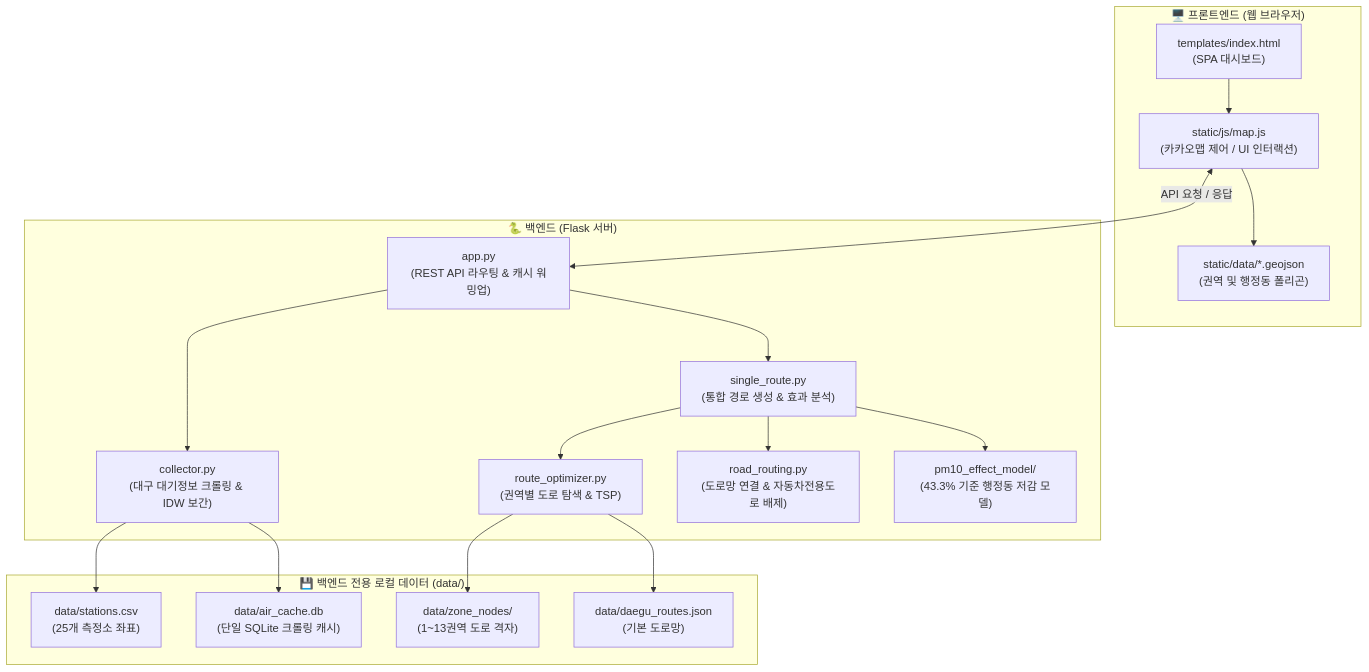
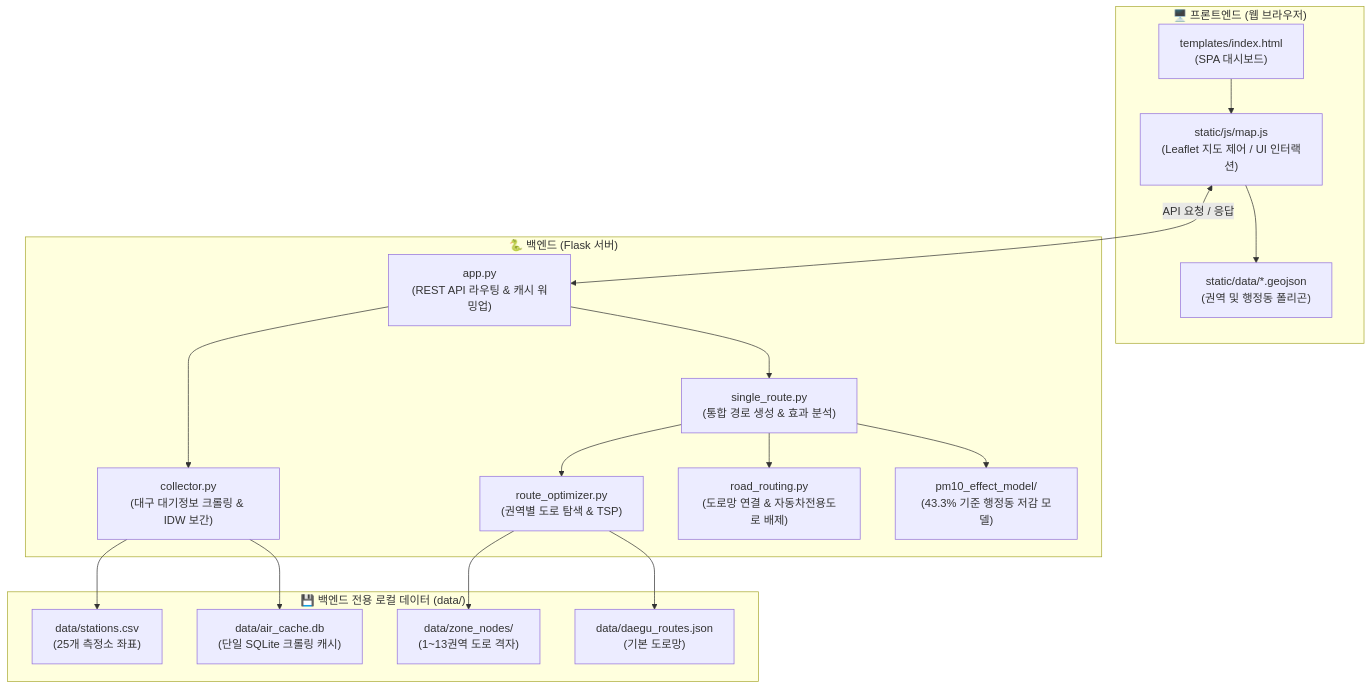
One commit to YoonTae98/dust_project changed the diagram in README.md. Above: the diagram before and after it, drawn with Mermaid. The commit also changed other lines of this file, not shown here.

````diff
--- a/README.md
+++ b/README.md
@@ -35,39 +61,39 @@
 ```mermaid
 flowchart TD
     subgraph Client ["🖥️ 프론트엔드 (웹 브라우저)"]
         HTML["templates/index.html\n(SPA 대시보드)"]
-        MapJS["static/js/map.js\n(카카오맵 제어 / UI 인터랙션)"]
+        MapJS["static/js/map.js\n(Leaflet 지도 제어 / UI 인터랙션)"]
         GeoJSON["static/data/*.geojson\n(권역 및 행정동 폴리곤)"]
         HTML --> MapJS
         MapJS --> GeoJSON
     end
 
     subgraph Server ["🐍 백엔드 (Flask 서버)"]
         App["app.py\n(REST API 라우팅 & 캐시 워밍업)"]
         Collector["collector.py\n(대구 대기정보 크롤링 & IDW 보간)"]
         SingleRoute["single_route.py\n(통합 경로 생성 & 효과 분석)"]
         Optimizer["route_optimizer.py\n(권역별 도로 탐색 & TSP)"]
         Routing["road_routing.py\n(도로망 연결 & 자동차전용도로 배제)"]
         Effect["pm10_effect_model/\n(43.3% 기준 행정동 저감 모델)"]
 
         App --> Collector
         App --> SingleRoute
         SingleRoute --> Optimizer
         SingleRoute --> Routing
         SingleRoute --> Effect
     end
 
     subgraph Storage ["💾 백엔드 전용 로컬 데이터 (data/)"]
         Stations["data/stations.csv\n(25개 측정소 좌표)"]
         AirCache["data/air_cache.db\n(단일 SQLite 크롤링 캐시)"]
         ZoneNodes["data/zone_nodes/\n(1~13권역 도로 격자)"]
         DaeguRoutes["data/daegu_routes.json\n(기본 도로망)"]
 
         Collector --> Stations
         Collector --> AirCache
         Optimizer --> ZoneNodes
         Optimizer --> DaeguRoutes
     end
 
     MapJS <-->|API 요청 / 응답| App
 ```
````
